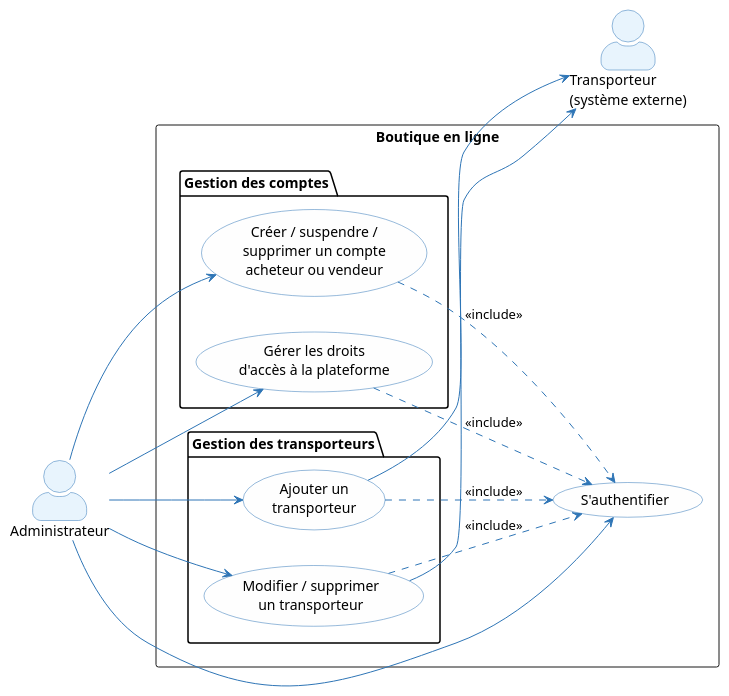
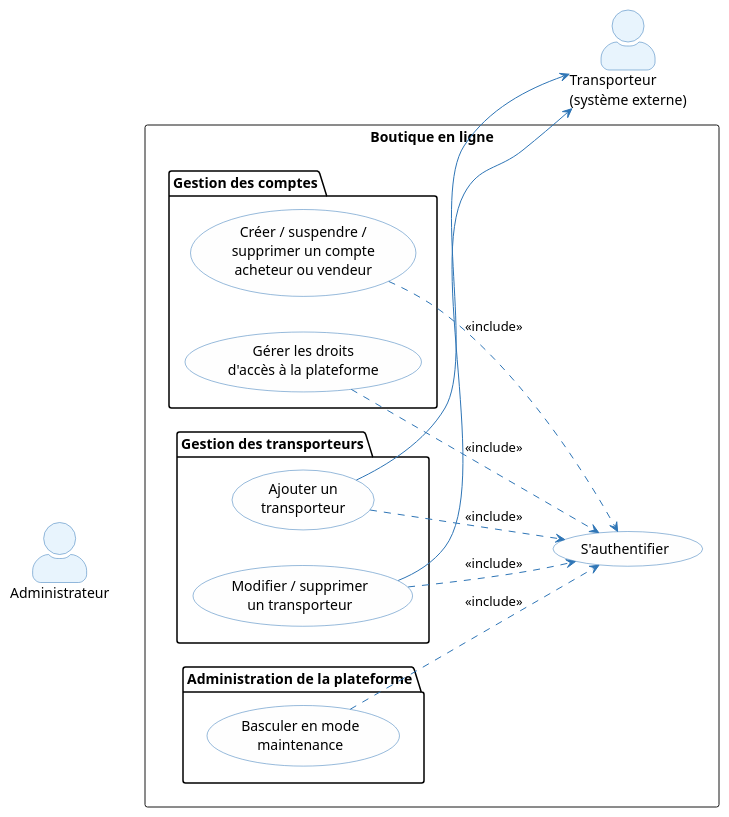
One commit to louistalvande/online_shop changed the first of 5 diagrams in architecture/01-operational-analysis/oa.adoc. Above: the diagram before and after it, drawn with PlantUML. The commit also changed other lines of this file and 4 other files, not shown here.

Commit message:
add maintenance mode for admin

```diff
--- a/architecture/01-operational-analysis/oa.adoc
+++ b/architecture/01-operational-analysis/oa.adoc
@@ -78,42 +78,47 @@
 [plantuml, oa-uc-admin, svg]
 ----
 skinparam actorStyle awesome
 skinparam usecase {
   BackgroundColor #FEFEFE
   BorderColor #2E75B6
   ArrowColor #2E75B6
 }
 skinparam actor {
   BackgroundColor #E8F4FD
   BorderColor #2E75B6
 }
 
 left to right direction
 
 actor "Administrateur" as Admin
 actor "Transporteur\n(système externe)" as Carrier
 
 rectangle "Boutique en ligne" {
   usecase (S'authentifier) as UC_A0
   package "Gestion des comptes" {
     usecase (Créer / suspendre /\nsupprimer un compte\nacheteur ou vendeur) as UC_A1
     usecase (Gérer les droits\nd'accès à la plateforme) as UC_A1b
   }
   package "Gestion des transporteurs" {
     usecase (Ajouter un\ntransporteur) as UC_A2a
     usecase (Modifier / supprimer\nun transporteur) as UC_A2b
   }
+  package "Administration de la plateforme" {
+    usecase (Basculer en mode\nmaintenance) as UC_A3
+  }
 }
 
 Admin --> UC_A0
 Admin --> UC_A1
 Admin --> UC_A1b
 Admin --> UC_A2a
 Admin --> UC_A2b
+Admin --> UC_A3
 UC_A1 ..> UC_A0 : <<include>>
 UC_A1b ..> UC_A0 : <<include>>
 UC_A2a ..> UC_A0 : <<include>>
 UC_A2b ..> UC_A0 : <<include>>
+UC_A3 ..> UC_A0 : <<include>>
 UC_A2a --> Carrier
 UC_A2b --> Carrier
 ----
```
